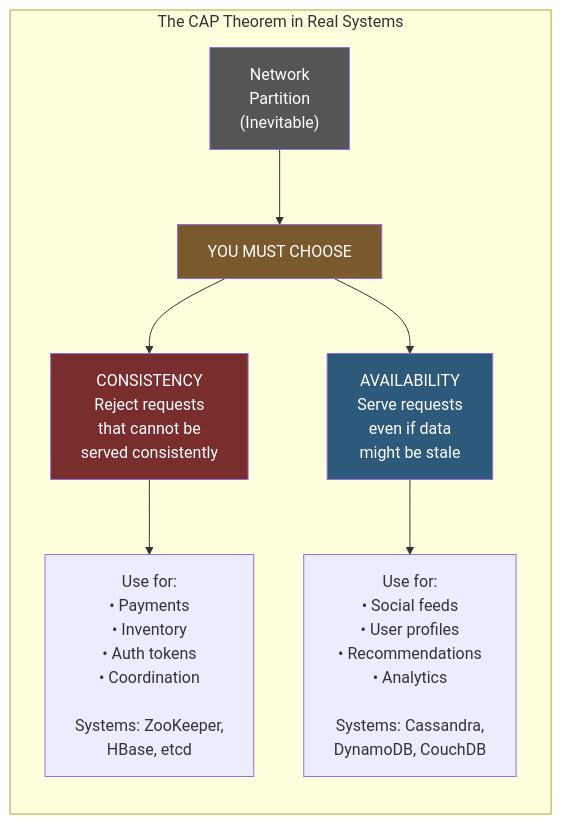
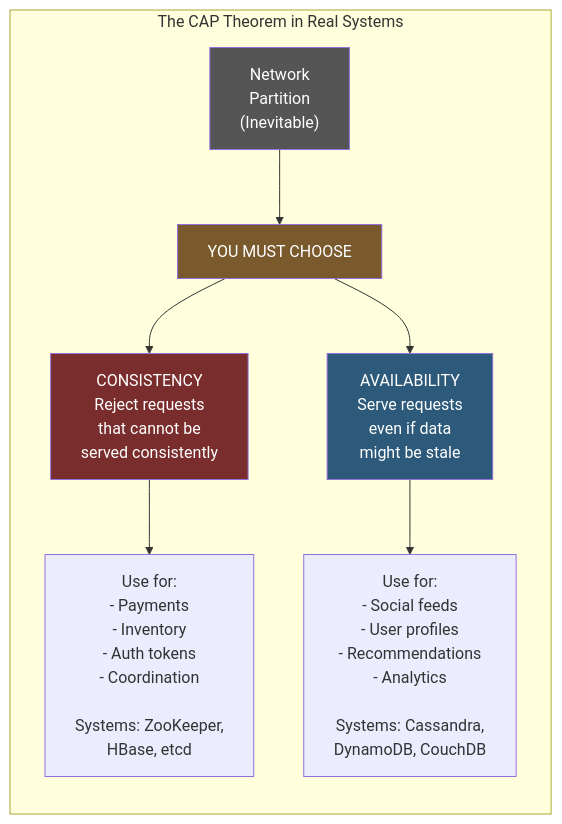
The seventh of 14 diagrams in Section1/Chapter_11_Trade_offs_Constraints_and_Decision_Making.md (ranjeetnegi/System-Design-for-Staff-SWE), drawn with Mermaid before and after one commit. The commit also changed other lines of this file and 11 other files, not shown here.

````diff
--- a/Section1/Chapter_11_Trade_offs_Constraints_and_Decision_Making.md
+++ b/Section1/Chapter_11_Trade_offs_Constraints_and_Decision_Making.md
@@ -1135,20 +1135,20 @@
 ```mermaid
 flowchart LR
     subgraph "The CAP Theorem in Real Systems"
         N["Network\nPartition\n(Inevitable)"]
         
         N --> Choice["YOU MUST CHOOSE"]
         
         Choice --> CP["CONSISTENCY\nReject requests\nthat cannot be\nserved consistently"]
         Choice --> AP["AVAILABILITY\nServe requests\neven if data\nmight be stale"]
         
-        CP --> CPEx["Use for:\n• Payments\n• Inventory\n• Auth tokens\n• Coordination\n\nSystems: ZooKeeper,\nHBase, etcd"]
+        CP --> CPEx["Use for:\n- Payments\n- Inventory\n- Auth tokens\n- Coordination\n\nSystems: ZooKeeper,\nHBase, etcd"]
         
-        AP --> APEx["Use for:\n• Social feeds\n• User profiles\n• Recommendations\n• Analytics\n\nSystems: Cassandra,\nDynamoDB, CouchDB"]
+        AP --> APEx["Use for:\n- Social feeds\n- User profiles\n- Recommendations\n- Analytics\n\nSystems: Cassandra,\nDynamoDB, CouchDB"]
     end
     
     style CP fill:#7a2d2d,color:#fff
     style AP fill:#2d5a7a,color:#fff
     style N fill:#555,color:#fff
     style Choice fill:#7a5a2d,color:#fff
 ```
````
